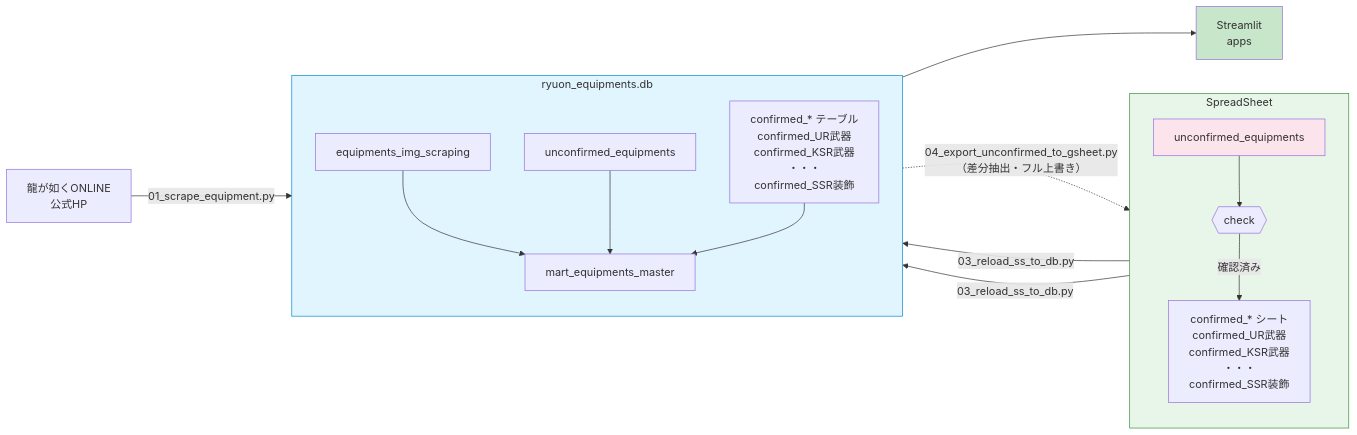
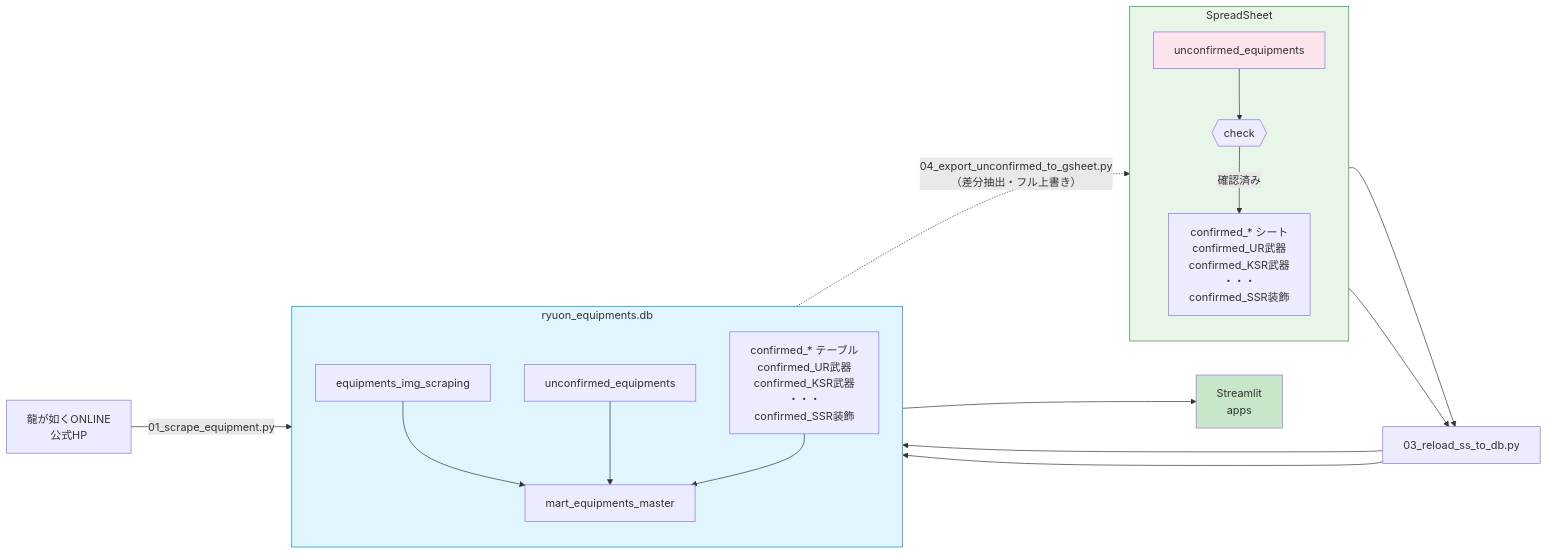
Before and after one commit to apricot496/ryuon_equipment0825: the diagram in README.md, drawn with Mermaid.

Commit message:
docs: フロー図の03_reload_ss_to_db.pyをノードとして整理
同一スクリプトに2本の矢印ラベルが重複していたため
スクリプトを中間ノードとして配置する形に修正

````diff
--- a/README.md
+++ b/README.md
@@ -60,37 +60,40 @@
 ```mermaid
 flowchart LR
   Web["龍が如くONLINE\n公式HP"]
 
   subgraph SS["SpreadSheet"]
     direction TB
     SSUnconfirmed["unconfirmed_equipments"]
     Check{{"check"}}
     SSConfirmed["confirmed_* シート\nconfirmed_UR武器\nconfirmed_KSR武器\n・・・\nconfirmed_SSR装飾"]
     SSUnconfirmed --> Check
     Check -->|"確認済み"| SSConfirmed
   end
 
   subgraph DB["ryuon_equipments.db"]
     direction TB
     ImgScraping["equipments_img_scraping"]
     UnconfirmedDB["unconfirmed_equipments"]
     ConfirmedTables["confirmed_* テーブル\nconfirmed_UR武器\nconfirmed_KSR武器\n・・・\nconfirmed_SSR装飾"]
     Mart["mart_equipments_master"]
     ImgScraping --> Mart
     UnconfirmedDB --> Mart
     ConfirmedTables --> Mart
   end
 
+  Reload["03_reload_ss_to_db.py"]
   App["Streamlit\napps"]
 
   Web -->|"01_scrape_equipment.py"| ImgScraping
   ImgScraping -.->|"04_export_unconfirmed_to_gsheet.py\n（差分抽出・フル上書き）"| SSUnconfirmed
-  SSUnconfirmed -->|"03_reload_ss_to_db.py"| UnconfirmedDB
-  SSConfirmed -->|"03_reload_ss_to_db.py"| ConfirmedTables
+  SSUnconfirmed --> Reload
+  SSConfirmed --> Reload
+  Reload --> UnconfirmedDB
+  Reload --> ConfirmedTables
   Mart --> App
 
   style SS fill:#e8f5e9,stroke:#388e3c
   style DB fill:#e1f5ff,stroke:#0288d1
   style SSUnconfirmed fill:#fce4ec
   style App fill:#c8e6c9
 ```
````
